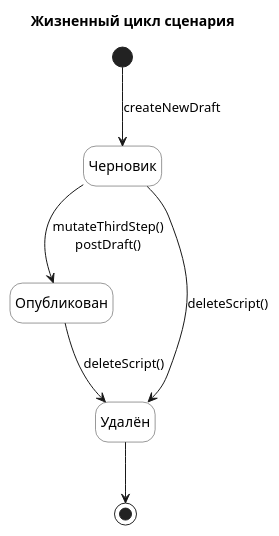
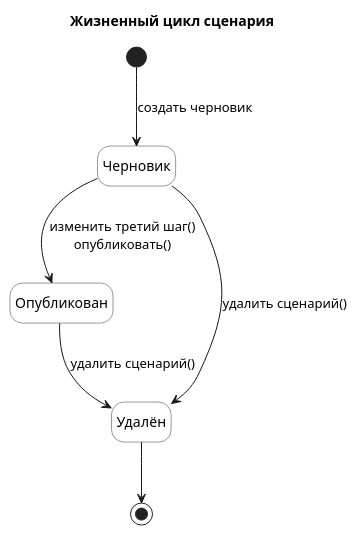
Before and after one commit to nifle3/diplom_work: the diagram in docs/state/01_script_lifecycle.puml, drawn with PlantUML. The commit also changed 3 other files, not shown here.

```diff
--- a/docs/state/01_script_lifecycle.puml
+++ b/docs/state/01_script_lifecycle.puml
@@ -1,25 +1,25 @@
 @startuml 01_script_lifecycle
 title Жизненный цикл сценария
 
 hide empty description
 skinparam state {
   BackgroundColor White
   BorderColor #333333
 }
 
-[*] --> Draft : createNewDraft
+[*] --> Draft : создать черновик
 
 state "Черновик" as Draft
 
-Draft --> Published : mutateThirdStep()\npostDraft()
+Draft --> Published : изменить третий шаг()\nопубликовать()
 
 state "Опубликован" as Published
 
-Draft --> Deleted : deleteScript()
-Published --> Deleted : deleteScript()
+Draft --> Deleted : удалить сценарий()
+Published --> Deleted : удалить сценарий()
 
 state "Удалён" as Deleted
 
 Deleted --> [*]
 
 @enduml
```
